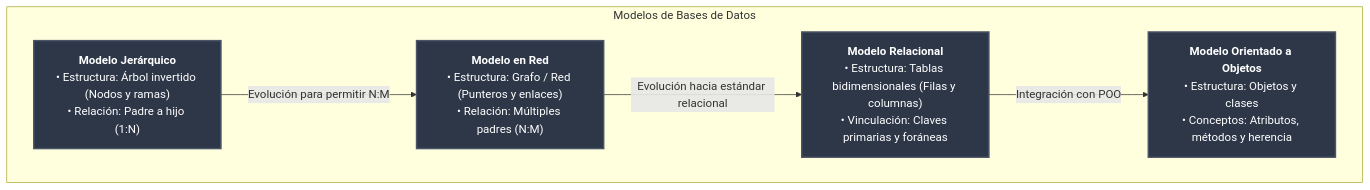
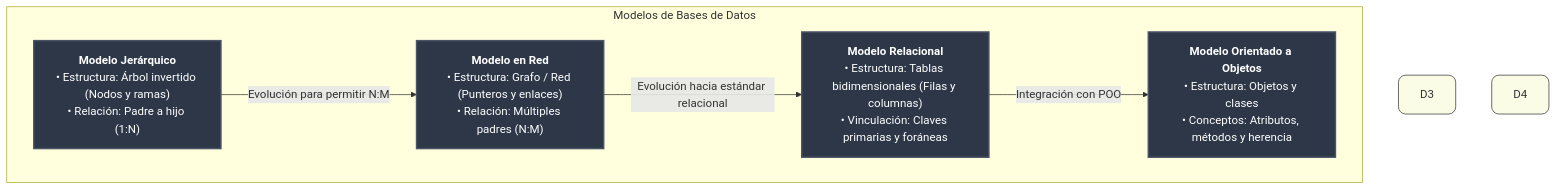
The second of 2 diagrams in unidad 1/tarea 1.1/README.md (sergi000flores/fundamentos-de-base-de-datos), drawn with Mermaid before and after one commit.

Commit message:
Correct README.md formatting and add newline
Fix formatting and add missing newline at end of file.

````diff
--- a/unidad 1/tarea 1.1/README.md
+++ b/unidad 1/tarea 1.1/README.md
@@ -36,19 +36,21 @@
 ```mermaid
 graph TD
     %% Estilos de los nodos
     classDef modelStyle fill:#2d3748,stroke:#4a5568,stroke-width:2px,color:#fff;
     classDef descStyle fill:#1a202c,stroke:#2d3748,stroke-width:1px,color:#e2e8f0;
 
     %% Nodos principales de la tabla
     subgraph Modelos de Bases de Datos
         H["<b>Modelo Jerárquico</b><br/>• Estructura: Árbol invertido (Nodos y ramas)<br/>• Relación: Padre a hijo (1:N)"]:::modelStyle
         N["<b>Modelo en Red</b><br/>• Estructura: Grafo / Red (Punteros y enlaces)<br/>• Relación: Múltiples padres (N:M)"]:::modelStyle
         R["<b>Modelo Relacional</b><br/>• Estructura: Tablas bidimensionales (Filas y columnas)<br/>• Vinculación: Claves primarias y foráneas"]:::modelStyle
         O["<b>Modelo Orientado a Objetos</b><br/>• Estructura: Objetos y clases<br/>• Conceptos: Atributos, métodos y herencia"]:::modelStyle
     end
 
     %% Flujo y evolución
     H -->|Evolución para permitir N:M| N
     N -->|Evolución hacia estándar relacional| R
     R -->|Integración con POO| O
+    style D3 fill:#FAFCE6,stroke:#333,stroke-width:1px,rx:10,ry:10,text-align:left
+    style D4 fill:#FAFCE6,stroke:#333,stroke-width:1px,rx:10,ry:10,text-align:left
 ```
````
